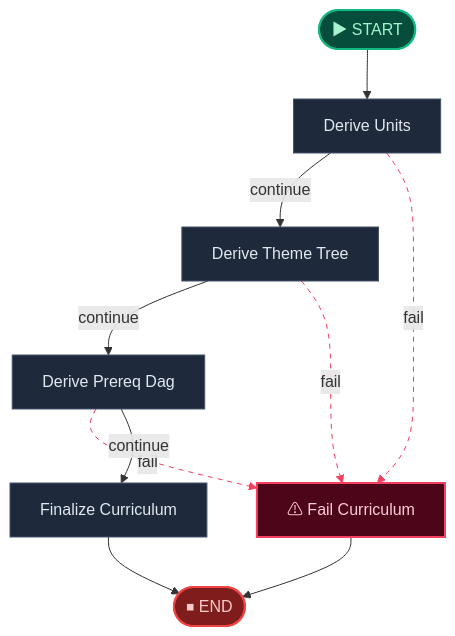
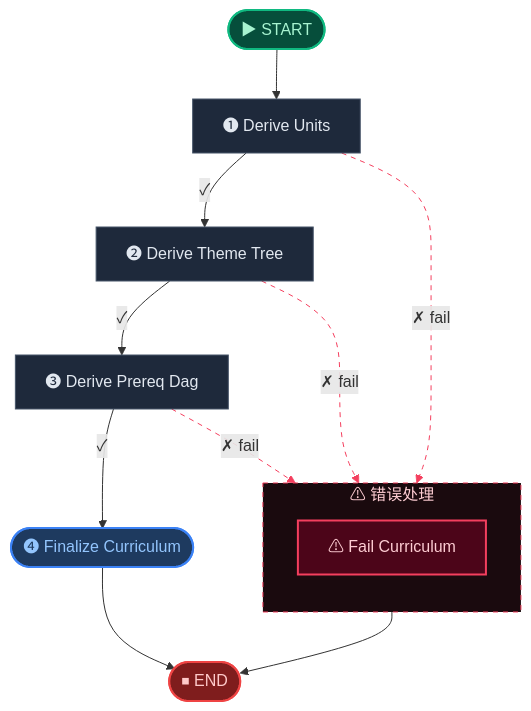
One commit to aiteachme/AITeachMe changed the first of 4 diagrams in backend/scripts/.generated_workflow_diagrams/digest.md. Above: the diagram before and after it, drawn with Mermaid. The commit also changed other lines of this file and 6 other files, not shown here.

````diff
--- a/backend/scripts/.generated_workflow_diagrams/digest.md
+++ b/backend/scripts/.generated_workflow_diagrams/digest.md
@@ -18,30 +20,37 @@
 ```mermaid
 flowchart TD
     __start__(["▶ START"])
-    derive_units["Derive Units"]
-    derive_theme_tree["Derive Theme Tree"]
-    derive_prereq_dag["Derive Prereq Dag"]
-    finalize_curriculum["Finalize Curriculum"]
-    fail_curriculum["⚠ Fail Curriculum"]
+    derive_units["❶ Derive Units"]
+    derive_theme_tree["❷ Derive Theme Tree"]
+    derive_prereq_dag["❸ Derive Prereq Dag"]
+    finalize_curriculum(["❹ Finalize Curriculum"])
     __end__(["⏹ END"])
 
+    subgraph error_zone ["⚠ 错误处理"]
+    direction TB
+        fail_curriculum["⚠ Fail Curriculum"]
+    end
+
     __start__ --> derive_units
-    derive_prereq_dag -. fail .-> fail_curriculum
-    derive_prereq_dag -->|"continue"| finalize_curriculum
-    derive_theme_tree -->|"continue"| derive_prereq_dag
-    derive_theme_tree -. fail .-> fail_curriculum
-    derive_units -->|"continue"| derive_theme_tree
-    derive_units -. fail .-> fail_curriculum
+    derive_prereq_dag -. "✗ fail" .-> fail_curriculum
+    derive_prereq_dag -->|"✓"| finalize_curriculum
+    derive_theme_tree -->|"✓"| derive_prereq_dag
+    derive_theme_tree -. "✗ fail" .-> fail_curriculum
+    derive_units -->|"✓"| derive_theme_tree
+    derive_units -. "✗ fail" .-> fail_curriculum
     fail_curriculum --> __end__
     finalize_curriculum --> __end__
 
     %% ── Styling ──
     classDef startCls fill:#064e3b,stroke:#10b981,stroke-width:2px,color:#a7f3d0
     classDef endCls fill:#7f1d1d,stroke:#ef4444,stroke-width:2px,color:#fecaca
     classDef failCls fill:#4c0519,stroke:#f43f5e,stroke-width:2px,color:#fecdd3
+    classDef termCls fill:#1e3a5f,stroke:#3b82f6,stroke-width:2px,color:#93c5fd
     classDef default fill:#1e293b,stroke:#475569,stroke-width:1px,color:#e2e8f0
+    style error_zone fill:#1a0a0e,stroke:#f43f5e,stroke-width:1px,color:#fecdd3,stroke-dasharray:5
     class __start__ startCls
+    class finalize_curriculum termCls
     class fail_curriculum failCls
     class __end__ endCls
     linkStyle 1,4,6 stroke:#f43f5e,stroke-dasharray:5
 ```
````
